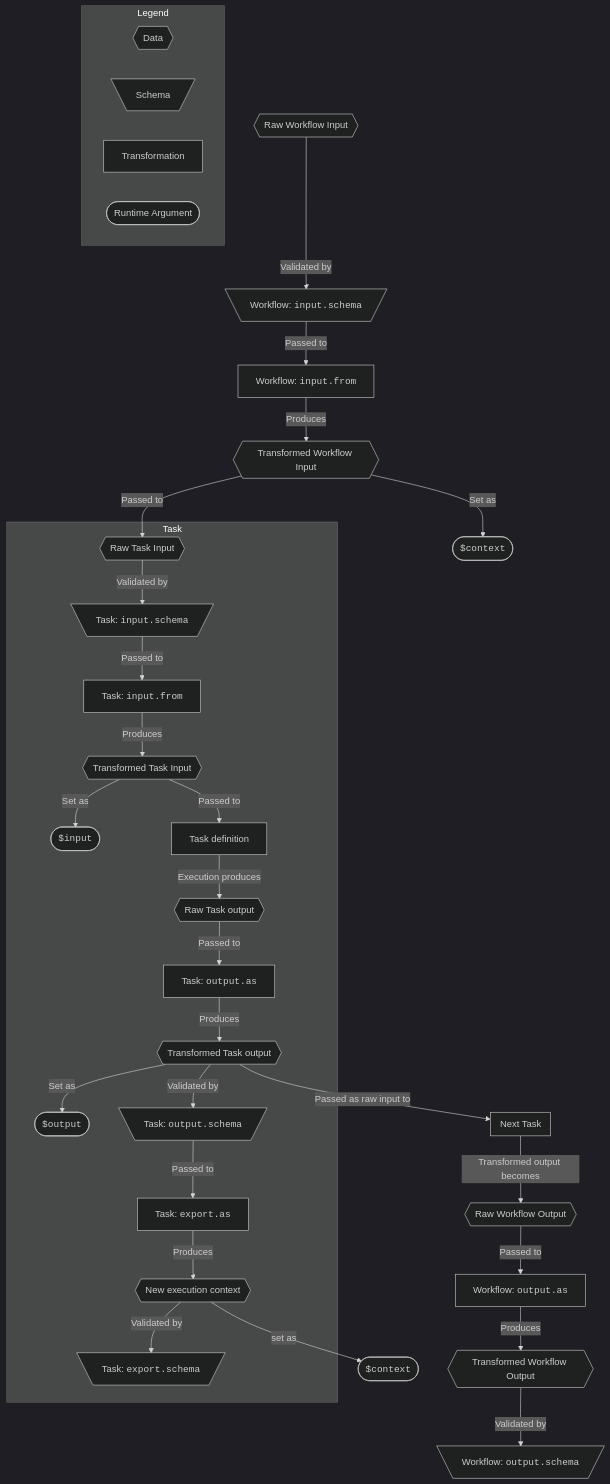
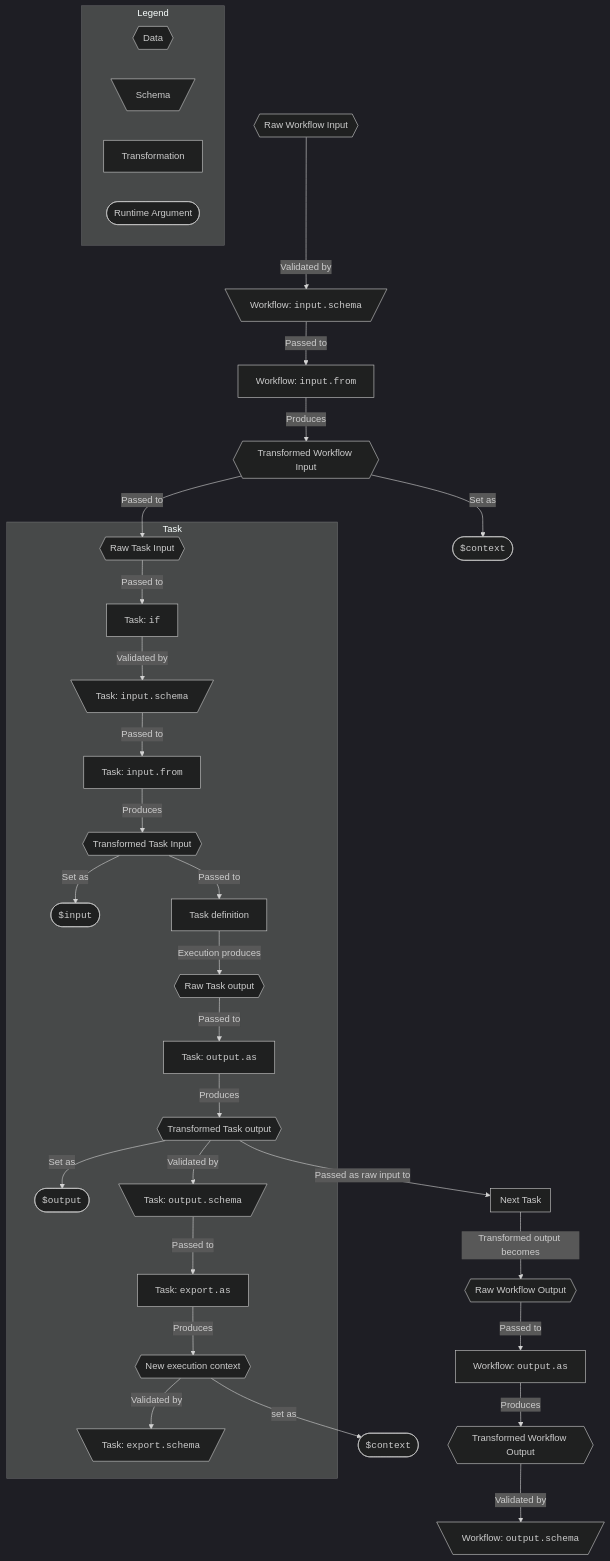
Before and after one commit to serverlessworkflow/specification: the diagram in dsl.md, drawn with Mermaid (dark theme). The commit also changed 1 other file, not shown here.

Commit message:
docs: document context of task.if

````diff
--- a/dsl.md
+++ b/dsl.md
@@ -238,75 +238,77 @@
 ```mermaid
 flowchart TD
 
   subgraph Legend
     legend_data{{Data}}
     legend_schema[\Schema/]
     legend_transformation[Transformation]
     legend_arg([Runtime Argument])
   end
 
   initial_context_arg([<code>$context</code>])
   context_arg([<code>$context</code>])
   input_arg([<code>$input</code>])
   output_arg([<code>$output</code>])
 
   workflow_raw_input{{Raw Workflow Input}}
   workflow_input_schema[\Workflow: <code>input.schema</code>/]
   workflow_input_from[Workflow: <code>input.from</code>]
   workflow_transformed_input{{Transformed Workflow Input}}
 
   task_raw_input{{Raw Task Input}}
+  task_if[Task: <code>if</code>]
   task_input_schema[\Task: <code>input.schema</code>/]
   task_input_from[Task: <code>input.from</code>]
   task_transformed_input{{Transformed Task Input}}
   task_definition[Task definition]
   task_raw_output{{Raw Task output}}
   task_output_as[Task: <code>output.as</code>]
   task_transformed_output{{Transformed Task output}}
   task_output_schema[\Task: <code>output.schema</code>/]
   task_export_as[Task: <code>export.as</code>]
   task_export_schema[\Task: <code>export.schema</code>/]
 
   new_context{{New execution context}}
   
   workflow_raw_output{{Raw Workflow Output}}
   workflow_output_as[Workflow: <code>output.as</code>]
   workflow_transformed_output{{Transformed Workflow Output}}
   workflow_output_schema[\Workflow: <code>output.schema</code>/]
 
   workflow_raw_input -- Validated by --> workflow_input_schema
   workflow_input_schema -- Passed to --> workflow_input_from
   workflow_input_from -- Produces --> workflow_transformed_input
   workflow_transformed_input -- Set as --> initial_context_arg
   workflow_transformed_input -- Passed to --> task_raw_input
 
   subgraph Task
 
-    task_raw_input -- Validated by --> task_input_schema
+    task_raw_input -- Passed to --> task_if
+    task_if -- Validated by --> task_input_schema
     task_input_schema -- Passed to --> task_input_from
     task_input_from -- Produces --> task_transformed_input
     task_transformed_input -- Set as --> input_arg
     task_transformed_input -- Passed to --> task_definition
 
     task_definition -- Execution produces --> task_raw_output
     task_raw_output -- Passed to --> task_output_as
     task_output_as -- Produces --> task_transformed_output
     task_transformed_output -- Set as --> output_arg
     task_transformed_output -- Validated by --> task_output_schema
     task_output_schema -- Passed to --> task_export_as
     task_export_as -- Produces --> new_context
     new_context -- Validated by --> task_export_schema
   end
 
   task_transformed_output -- Passed as raw input to --> next_task
 
   subgraph next_task [Next Task]
   end
 
   new_context -- set as --> context_arg
 
   next_task -- Transformed output becomes --> workflow_raw_output
   workflow_raw_output -- Passed to --> workflow_output_as
   workflow_output_as -- Produces --> workflow_transformed_output
   workflow_transformed_output -- Validated by --> workflow_output_schema
 ```
````
